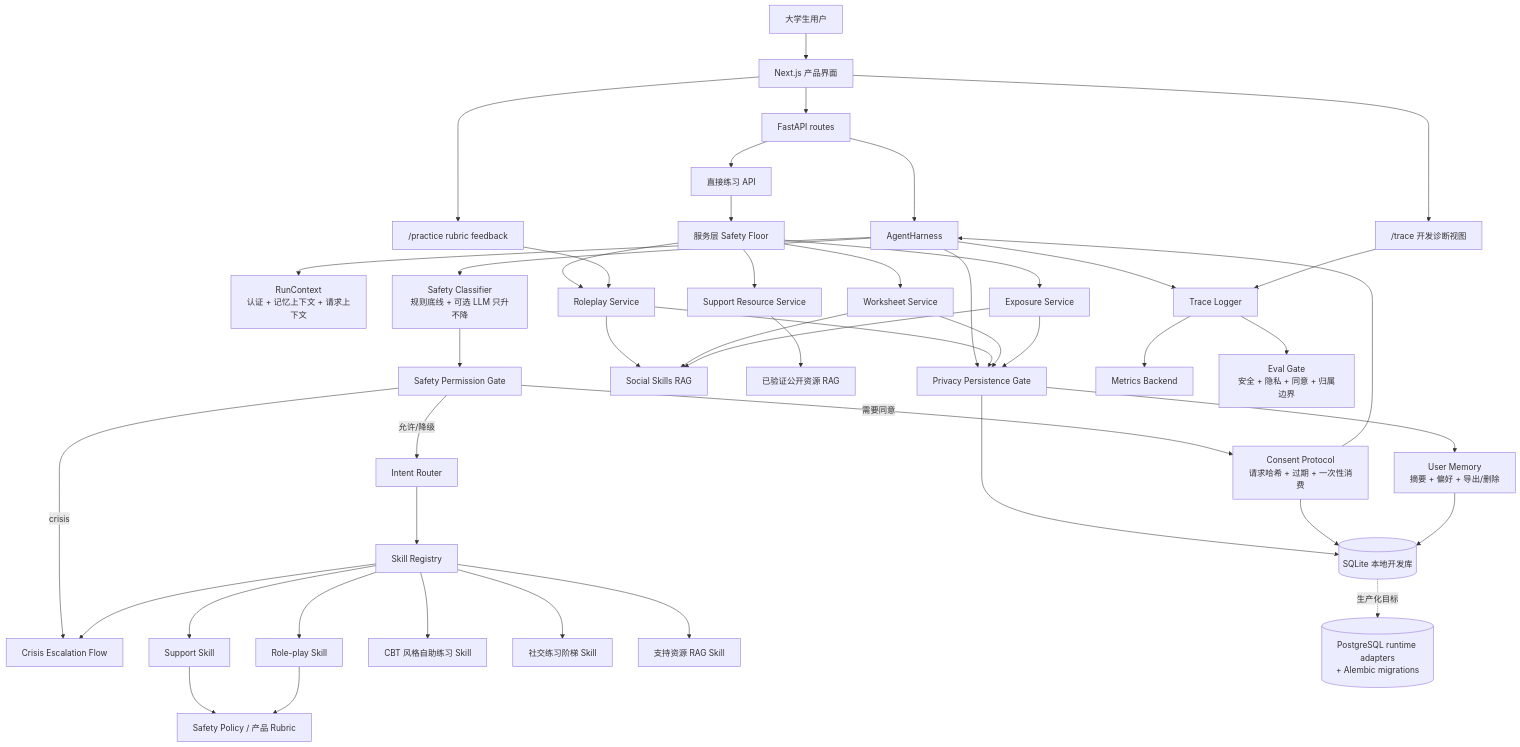
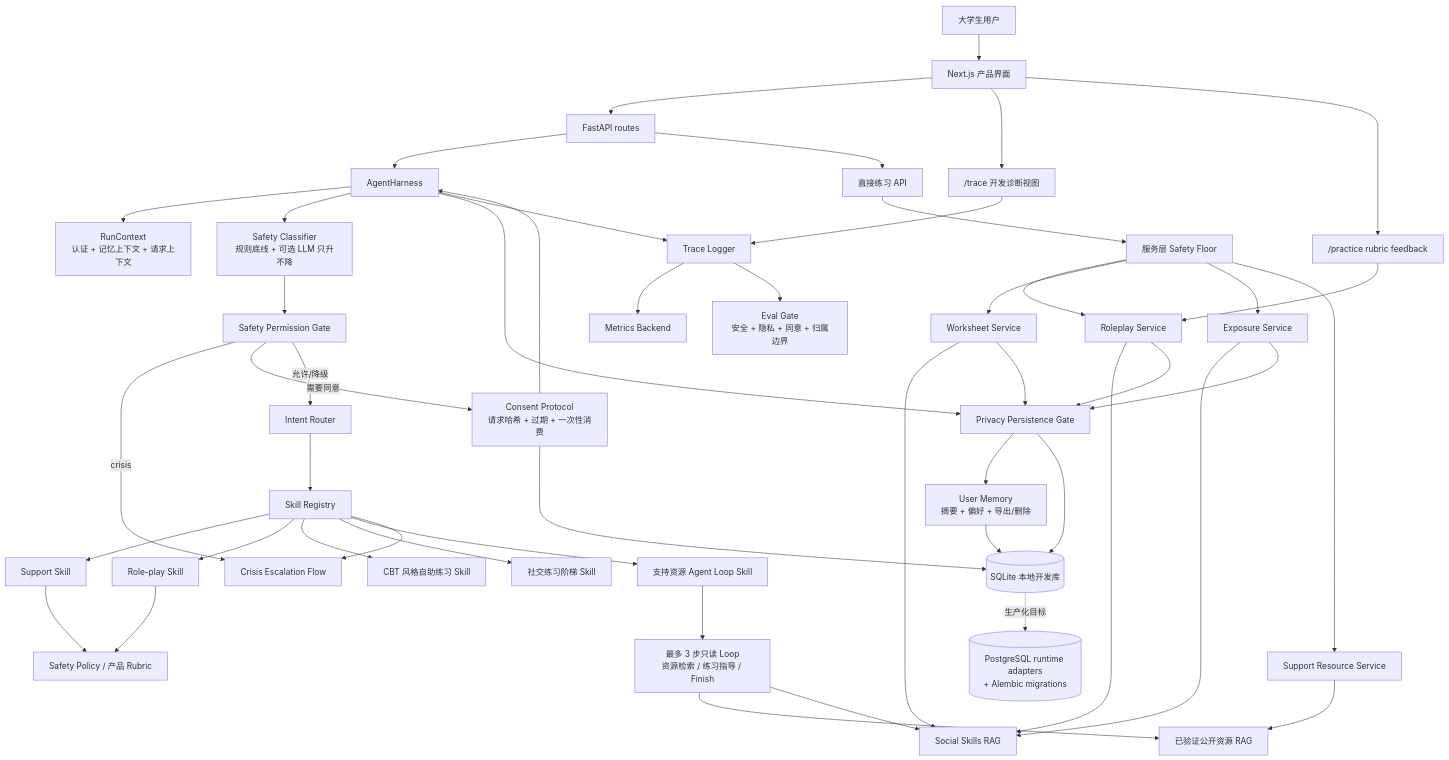
Before and after one commit to mortis-wakaba/socialease-agent: the diagram in docs/architecture_diagram.md, drawn with Mermaid. The commit also changed 6 other files, not shown here.

````diff
--- a/docs/architecture_diagram.md
+++ b/docs/architecture_diagram.md
@@ -5,58 +5,61 @@
 ```mermaid
 flowchart TD
     U[大学生用户] --> FE[Next.js 产品界面]
     FE --> API[FastAPI routes]
 
     API --> H[AgentHarness]
     API --> Direct[直接练习 API]
 
     H --> Ctx[RunContext<br/>认证 + 记忆上下文 + 请求上下文]
     H --> Safety[Safety Classifier<br/>规则底线 + 可选 LLM 只升不降]
     Safety --> Perm[Safety Permission Gate]
     Perm -->|crisis| Crisis[Crisis Escalation Flow]
     Perm -->|需要同意| Protocol[Consent Protocol<br/>请求哈希 + 过期 + 一次性消费]
     Protocol --> H
     Perm -->|允许/降级| Router[Intent Router]
     Router --> Registry[Skill Registry]
 
     Registry --> Support[Support Skill]
     Registry --> Roleplay[Role-play Skill]
     Registry --> Worksheet[CBT 风格自助练习 Skill]
     Registry --> Exposure[社交练习阶梯 Skill]
-    Registry --> Resources[支持资源 RAG Skill]
+    Registry --> Resources[支持资源 Agent Loop Skill]
     Registry --> Crisis
 
     Direct --> DirectSafety[服务层 Safety Floor]
     DirectSafety --> RoleplayService[Roleplay Service]
     DirectSafety --> WorksheetService[Worksheet Service]
     DirectSafety --> ExposureService[Exposure Service]
     DirectSafety --> SupportResourceService[Support Resource Service]
 
     RoleplayService --> SocialRAG[Social Skills RAG]
     WorksheetService --> SocialRAG
     ExposureService --> SocialRAG
-    SupportResourceService --> ResourceRAG[已验证公开资源 RAG]
+    Resources --> ResourceLoop[最多 3 步只读 Loop<br/>资源检索 / 练习指导 / Finish]
+    ResourceLoop --> ResourceRAG[已验证公开资源 RAG]
+    ResourceLoop --> SocialRAG
+    SupportResourceService --> ResourceRAG
     Support --> PolicyRAG[Safety Policy / 产品 Rubric]
     Roleplay --> PolicyRAG
 
     H --> Privacy[Privacy Persistence Gate]
     RoleplayService --> Privacy
     WorksheetService --> Privacy
     ExposureService --> Privacy
 
     Privacy --> Memory[User Memory<br/>摘要 + 偏好 + 导出/删除]
     Privacy --> DB[(SQLite 本地开发库)]
     Protocol --> DB
     Memory --> DB
 
     DB -. 生产化目标 .-> PG[(PostgreSQL runtime adapters<br/>+ Alembic migrations)]
 
     H --> Trace[Trace Logger]
     Trace --> Metrics[Metrics Backend]
     Trace --> Eval[Eval Gate<br/>安全 + 隐私 + 同意 + 归属边界]
 
     FE --> TraceUI["/trace 开发诊断视图"]
     FE --> PracticeUI["/practice rubric feedback"]
     TraceUI --> Trace
     PracticeUI --> RoleplayService
 ```
````
